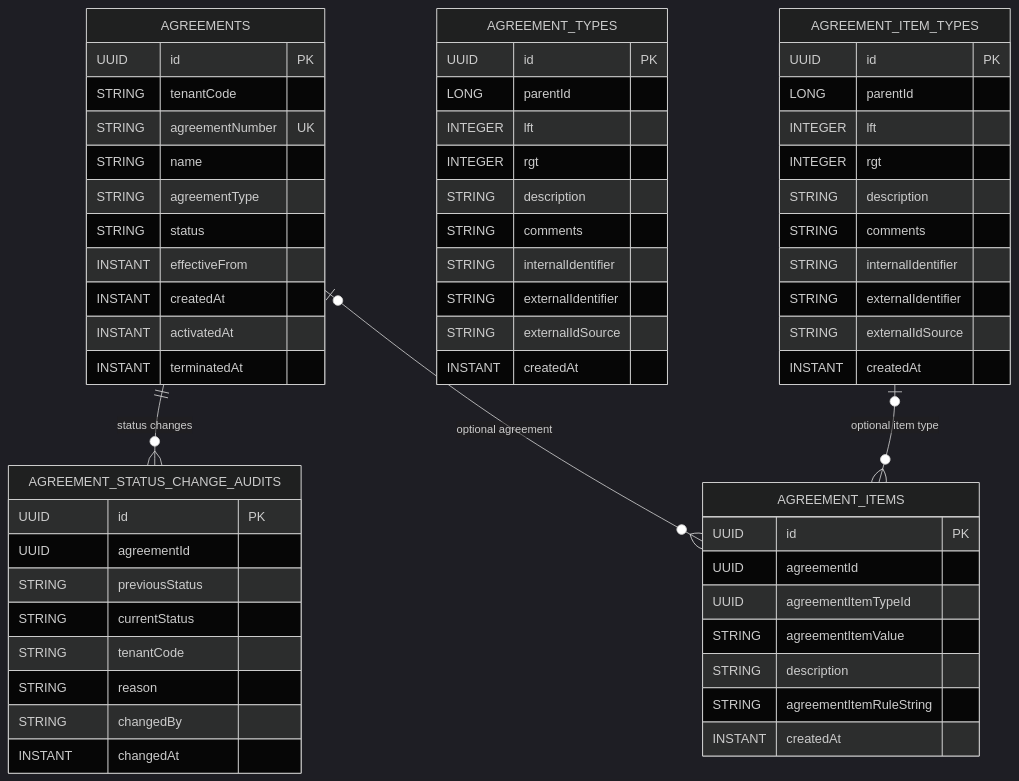
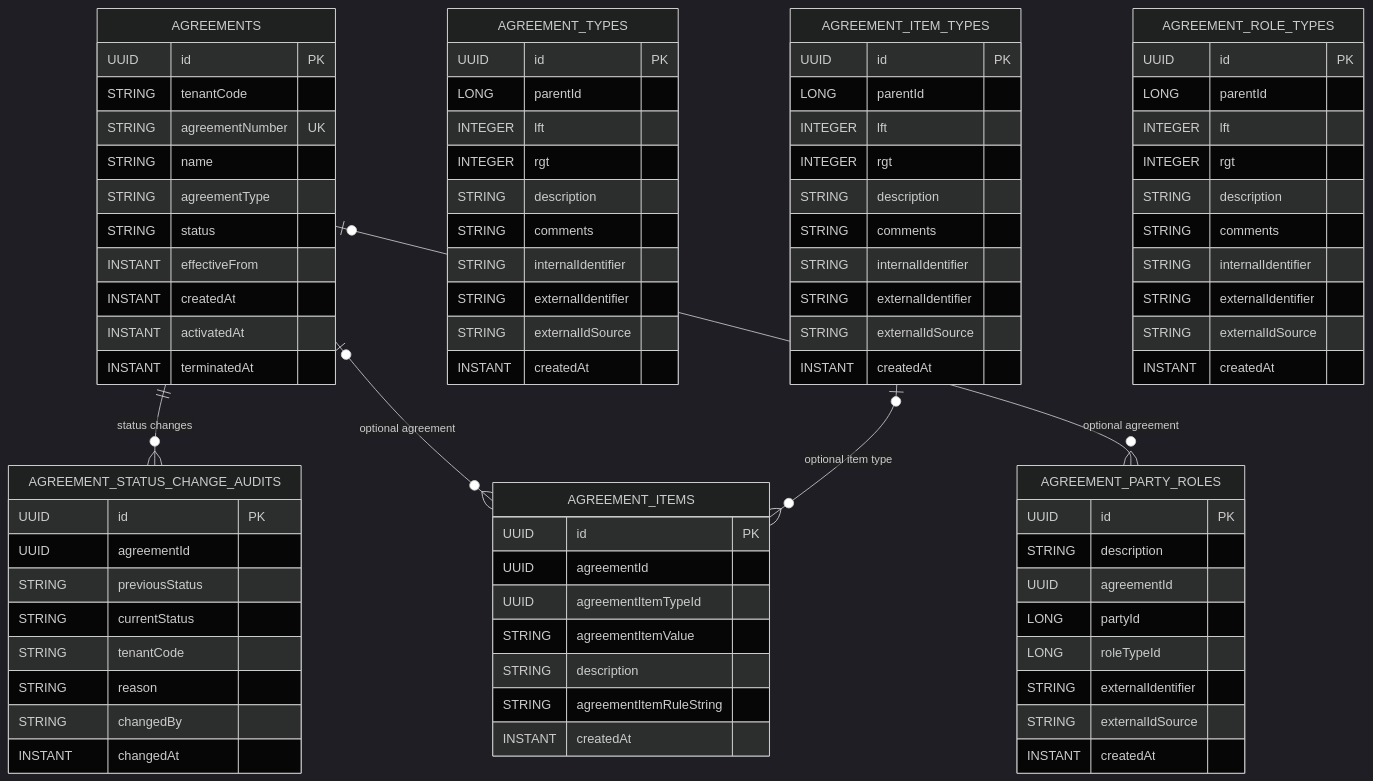
The diagram in docs/agreements-data-model.md (ArcanaERP/platform), drawn with Mermaid (dark theme) before and after one commit. The commit also changed other lines of this file and 18 other files, not shown here.

Commit message:
Add agreement party role parity

````diff
--- a/docs/agreements-data-model.md
+++ b/docs/agreements-data-model.md
@@ -61,7 +61,30 @@
       STRING agreementItemRuleString
       INSTANT createdAt
     }
+    AGREEMENT_ROLE_TYPES {
+      UUID id PK
+      LONG parentId
+      INTEGER lft
+      INTEGER rgt
+      STRING description
+      STRING comments
+      STRING internalIdentifier
+      STRING externalIdentifier
+      STRING externalIdSource
+      INSTANT createdAt
+    }
+    AGREEMENT_PARTY_ROLES {
+      UUID id PK
+      STRING description
+      UUID agreementId
+      LONG partyId
+      LONG roleTypeId
+      STRING externalIdentifier
+      STRING externalIdSource
+      INSTANT createdAt
+    }
     AGREEMENTS ||--o{ AGREEMENT_STATUS_CHANGE_AUDITS : "status changes"
     AGREEMENTS o|--o{ AGREEMENT_ITEMS : "optional agreement"
     AGREEMENT_ITEM_TYPES o|--o{ AGREEMENT_ITEMS : "optional item type"
+    AGREEMENTS o|--o{ AGREEMENT_PARTY_ROLES : "optional agreement"
 ```
````
